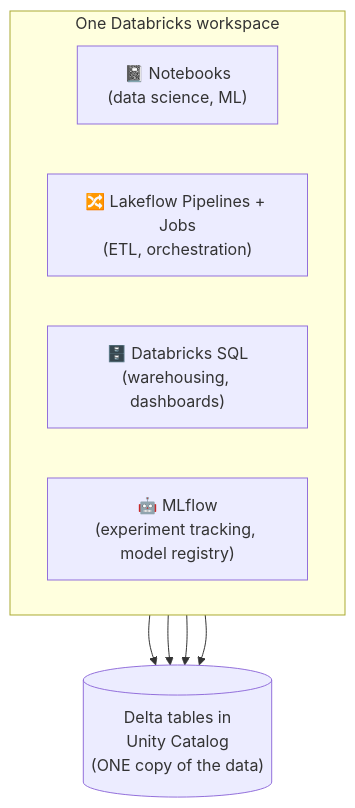
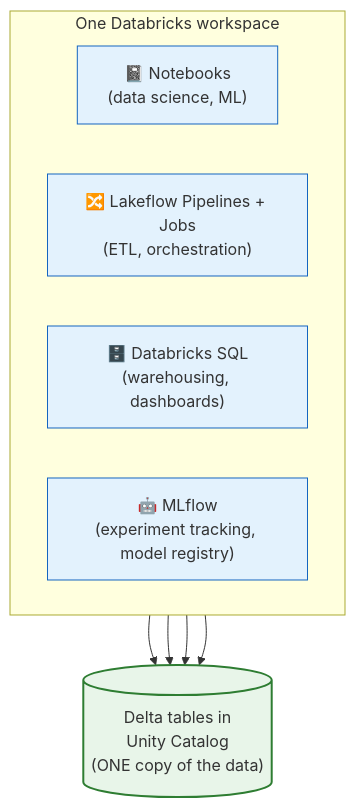
One commit to gauravs19/databricks-fraud-lakehouse changed the seventh of 18 diagrams in docs/CONCEPTS.md. Above: the diagram before and after it, drawn with Mermaid. The commit also changed other lines of this file, not shown here.

Commit message:
docs: CONCEPTS Part 0 — foundations, history, star schemas, ecosystem map, roles; colored callouts + diagram styling

````diff
--- a/docs/CONCEPTS.md
+++ b/docs/CONCEPTS.md
@@ -51,15 +508,18 @@
 ```mermaid
 flowchart TB
     subgraph DBX["One Databricks workspace"]
         direction LR
         A["📓 Notebooks<br/>(data science, ML)"]
         B["🔀 Lakeflow Pipelines + Jobs<br/>(ETL, orchestration)"]
         C["🗄️ Databricks SQL<br/>(warehousing, dashboards)"]
         D["🤖 MLflow<br/>(experiment tracking, model registry)"]
     end
     E[("Delta tables in<br/>Unity Catalog<br/>(ONE copy of the data)")]
     A --> E
     B --> E
     C --> E
     D --> E
+    classDef tool fill:#e3f2fd,stroke:#1565c0
+    class A,B,C,D tool
+    style E fill:#e8f5e9,stroke:#2e7d32,stroke-width:2px
 ```
````
